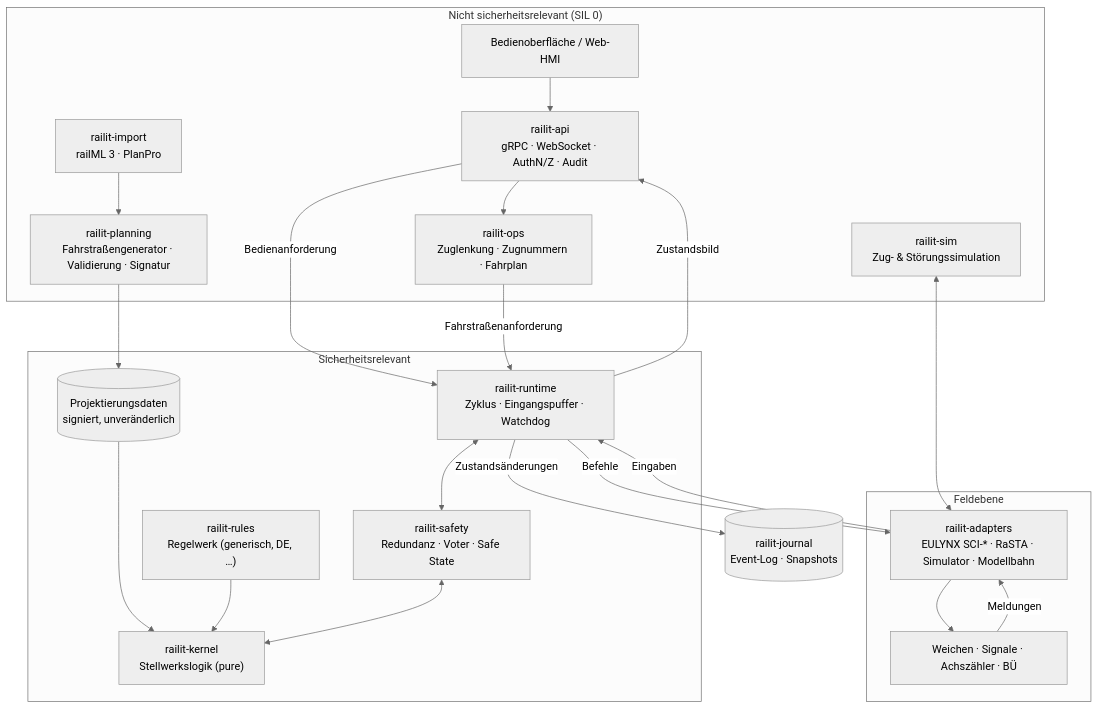
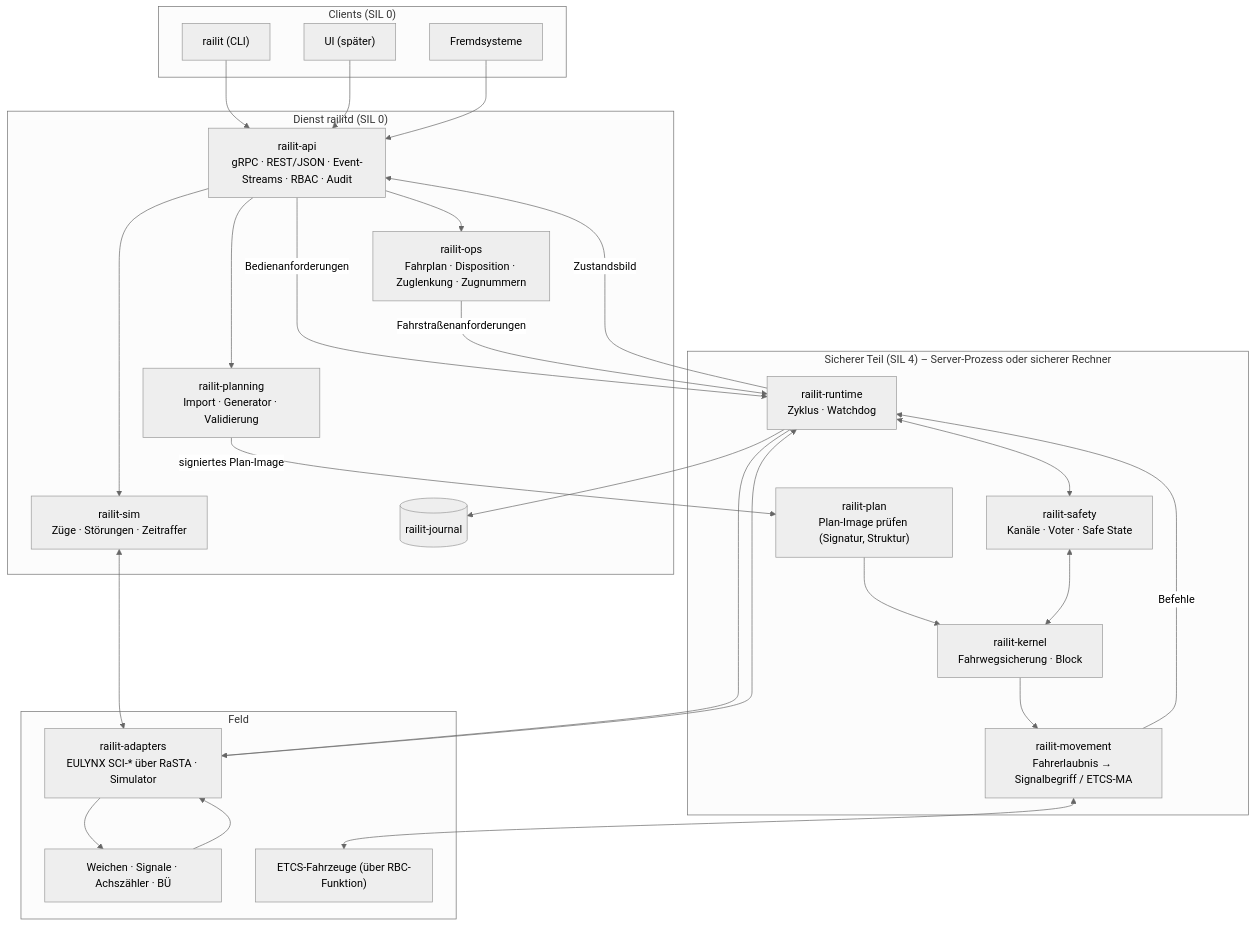
Before and after one commit to JosunLP/rail-it: the first of 3 diagrams in docs/KONZEPT.md, drawn with Mermaid (neutral theme). The commit also changed other lines of this file and 1 other file, not shown here.

````diff
--- a/docs/KONZEPT.md
+++ b/docs/KONZEPT.md
@@ -67,37 +90,44 @@
 ```mermaid
 flowchart TB
-    subgraph NS["Nicht sicherheitsrelevant (SIL 0)"]
-        HMI["Bedienoberfläche / Web-HMI"]
-        API["railit-api<br/>gRPC · WebSocket · AuthN/Z · Audit"]
-        OPS["railit-ops<br/>Zuglenkung · Zugnummern · Fahrplan"]
-        SIM["railit-sim<br/>Zug- & Störungssimulation"]
-        IMP["railit-import<br/>railML 3 · PlanPro"]
-        PLN["railit-planning<br/>Fahrstraßengenerator · Validierung · Signatur"]
+    subgraph CL["Clients (SIL 0)"]
+        CLI["railit (CLI)"]
+        UI["UI (später)"]
+        EXT["Fremdsysteme"]
     end
 
-    subgraph S["Sicherheitsrelevant"]
-        RT["railit-runtime<br/>Zyklus · Eingangspuffer · Watchdog"]
-        SAF["railit-safety<br/>Redundanz · Voter · Safe State"]
-        K["railit-kernel<br/>Stellwerkslogik (pure)"]
-        RULES["railit-rules<br/>Regelwerk (generisch, DE, …)"]
-        PLAN[("Projektierungsdaten<br/>signiert, unveränderlich")]
+    subgraph SV["Dienst railitd (SIL 0)"]
+        API["railit-api<br/>gRPC · REST/JSON · Event-Streams · RBAC · Audit"]
+        OPS["railit-ops<br/>Fahrplan · Disposition · Zuglenkung · Zugnummern"]
+        PLN["railit-planning<br/>Import · Generator · Validierung"]
+        SIM["railit-sim<br/>Züge · Störungen · Zeitraffer"]
+        JR[("railit-journal")]
     end
 
-    subgraph IO["Feldebene"]
-        AD["railit-adapters<br/>EULYNX SCI-* · RaSTA · Simulator · Modellbahn"]
-        FE["Weichen · Signale · Achszähler · BÜ"]
+    subgraph SC["Sicherer Teil (SIL 4) – Server-Prozess oder sicherer Rechner"]
+        RT["railit-runtime<br/>Zyklus · Watchdog"]
+        SAF["railit-safety<br/>Kanäle · Voter · Safe State"]
+        K["railit-kernel<br/>Fahrwegsicherung · Block"]
+        MP["railit-movement<br/>Fahrerlaubnis → Signalbegriff / ETCS-MA"]
+        PV["railit-plan<br/>Plan-Image prüfen (Signatur, Struktur)"]
     end
 
-    HMI --> API --> OPS
-    API -- Bedienanforderung --> RT
-    OPS -- Fahrstraßenanforderung --> RT
-    IMP --> PLN --> PLAN
-    PLAN --> K
-    RULES --> K
-    RT <--> SAF <--> K
-    RT -- Befehle --> AD --> FE
-    FE -- Meldungen --> AD -- Eingaben --> RT
+    subgraph FD["Feld"]
+        AD["railit-adapters<br/>EULYNX SCI-* über RaSTA · Simulator"]
+        FE["Weichen · Signale · Achszähler · BÜ"]
+        RBC["ETCS-Fahrzeuge (über RBC-Funktion)"]
+    end
+
+    CLI & UI & EXT --> API
+    API --> OPS & PLN & SIM
+    API -- Bedienanforderungen --> RT
+    OPS -- Fahrstraßenanforderungen --> RT
+    PLN -- signiertes Plan-Image --> PV --> K
+    RT <--> SAF <--> K --> MP
+    MP -- Befehle --> RT
+    RT --> AD --> FE
+    FE --> AD --> RT
+    MP <--> RBC
     SIM <--> AD
-    RT -- Zustandsänderungen --> JR[("railit-journal<br/>Event-Log · Snapshots")]
+    RT --> JR
     RT -- Zustandsbild --> API
 ```
````
